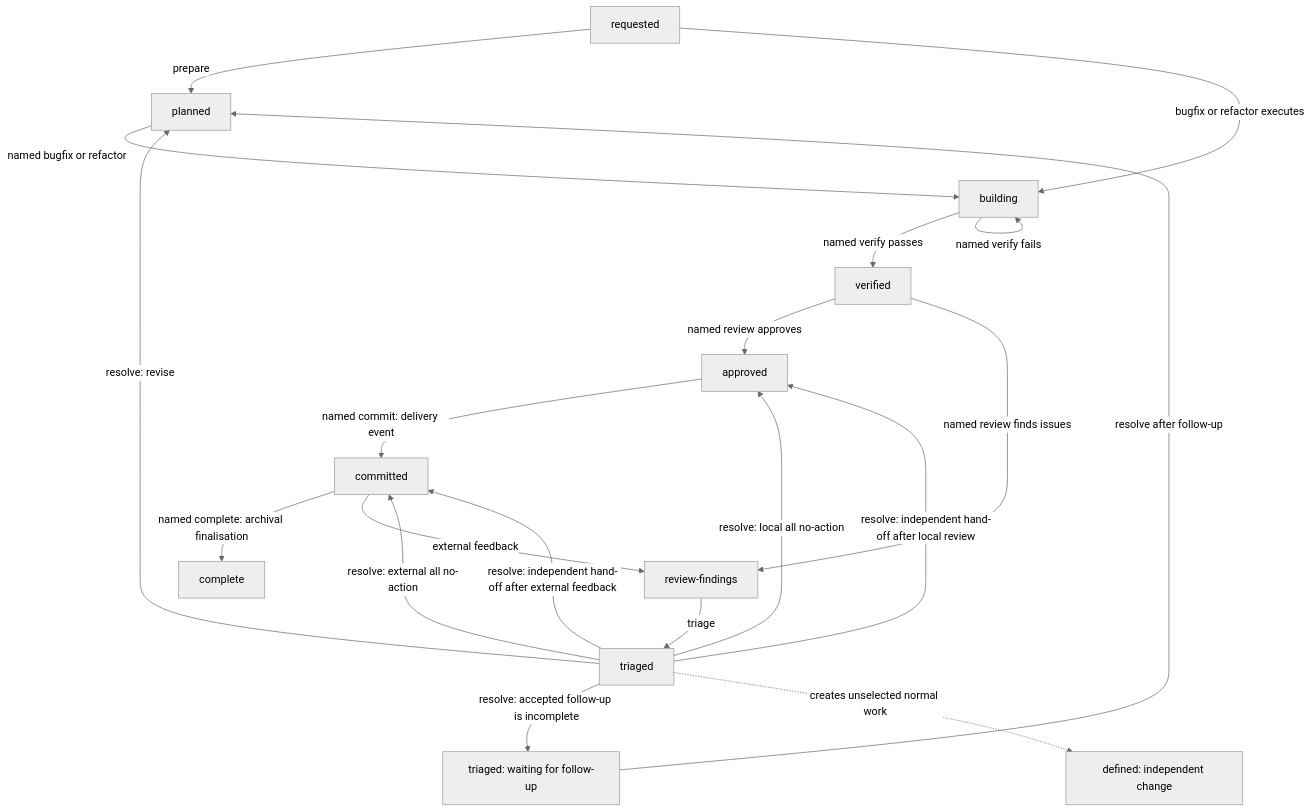
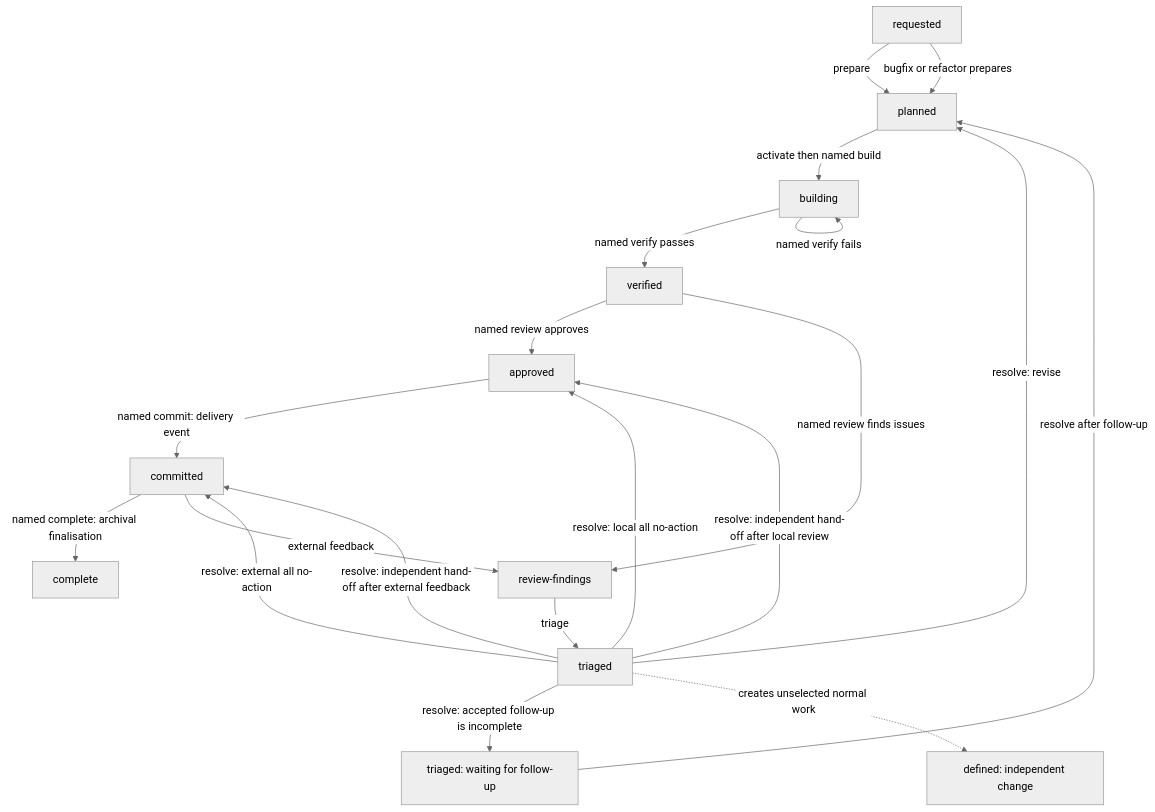
The second of 3 diagrams in docs/LIFECYCLE.md (deeprave/specle), drawn with Mermaid (neutral theme) before and after one commit. The commit also changed other lines of this file and 35 other files, not shown here.

````diff
--- a/docs/LIFECYCLE.md
+++ b/docs/LIFECYCLE.md
@@ -108,22 +108,22 @@
 ```mermaid
 flowchart TB
   requested -->|prepare| planned
-  requested -->|bugfix or refactor executes| building
-  planned -->|named bugfix or refactor| building
+  requested -->|bugfix or refactor prepares| planned
+  planned -->|activate then named build| building
   building -->|named verify passes| verified
   building -->|named verify fails| building
   verified -->|named review approves| approved
   approved -->|named commit: delivery event| committed
   committed -->|named complete: archival finalisation| complete
   committed -->|external feedback| review_findings
   verified -->|named review finds issues| review_findings[review-findings]
   review_findings -->|triage| triaged
   triaged -->|resolve: revise| planned
   triaged -->|resolve: accepted follow-up is incomplete| waiting[triaged: waiting for follow-up]
   waiting -->|resolve after follow-up| planned
   triaged -->|resolve: local all no-action| approved
   triaged -->|resolve: external all no-action| committed
   triaged -->|resolve: independent hand-off after local review| approved
   triaged -->|resolve: independent hand-off after external feedback| committed
   triaged -.->|creates unselected normal work| unselected_defined[defined: independent change]
 ```
````
